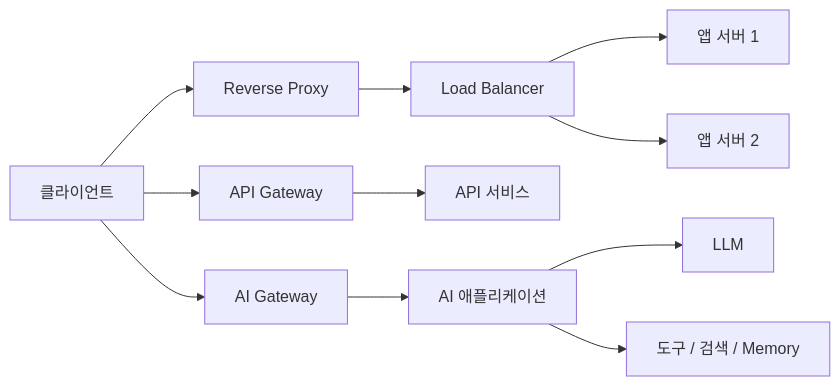
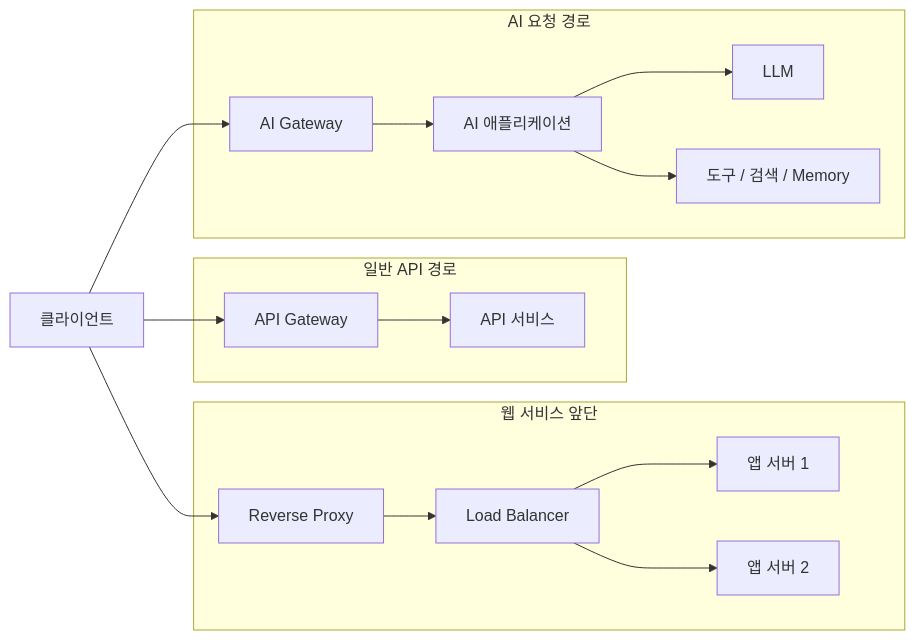
One commit to dev-len/private-docs changed the ninth of 15 diagrams in ai_gateway_rag_memory_learning_book.md. Above: the diagram before and after it, drawn with Mermaid. The commit also changed other lines of this file, not shown here.

````diff
--- a/ai_gateway_rag_memory_learning_book.md
+++ b/ai_gateway_rag_memory_learning_book.md
@@ -302,13 +415,19 @@
 ```mermaid
 flowchart LR
     Client["클라이언트"] --> RP["Reverse Proxy"]
-    RP --> LB["Load Balancer"]
-    LB --> App1["앱 서버 1"]
-    LB --> App2["앱 서버 2"]
     Client --> APIGW["API Gateway"]
-    APIGW --> AppSvc["API 서비스"]
     Client --> AIGW["AI Gateway"]
-    AIGW --> AppAI["AI 애플리케이션"]
-    AppAI --> LLM["LLM"]
-    AppAI --> Tool["도구 / 검색 / Memory"]
+    subgraph WebPath["웹 서비스 앞단"]
+        RP --> LB["Load Balancer"]
+        LB --> App1["앱 서버 1"]
+        LB --> App2["앱 서버 2"]
+    end
+    subgraph APIPath["일반 API 경로"]
+        APIGW --> AppSvc["API 서비스"]
+    end
+    subgraph AIPath["AI 요청 경로"]
+        AIGW --> AppAI["AI 애플리케이션"]
+        AppAI --> LLM["LLM"]
+        AppAI --> Tool["도구 / 검색 / Memory"]
+    end
 ```
````
